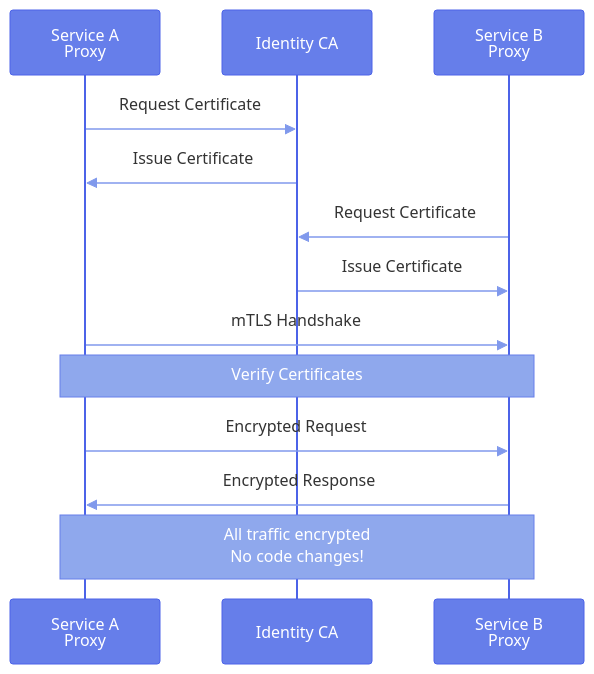
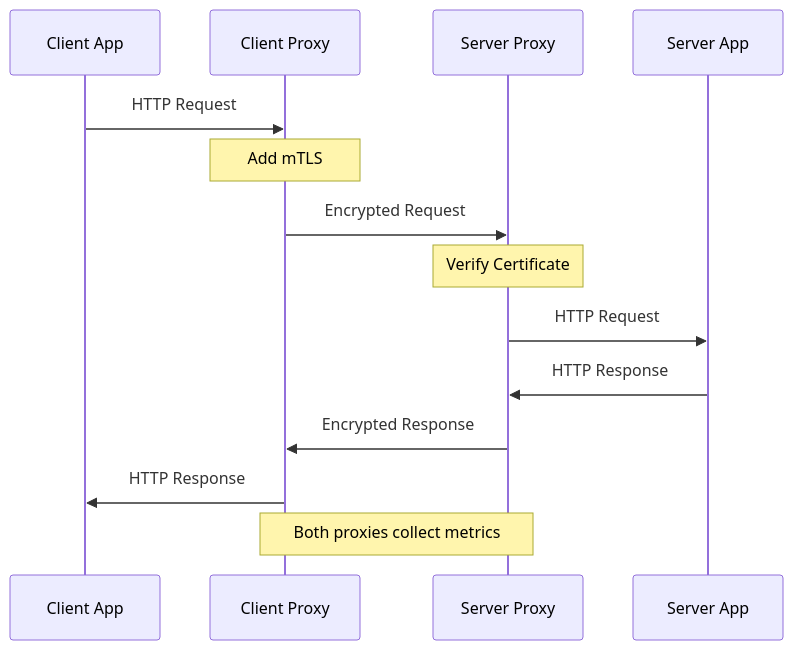
Before and after one commit to aprountzos/defogv2-wiki: the fourth of 10 diagrams in docs/local-setup/linkerd.mdx, drawn with Mermaid. The commit also changed other lines of this file, not shown here.

````diff
--- a/docs/local-setup/linkerd.mdx
+++ b/docs/local-setup/linkerd.mdx
@@ -137,21 +142,18 @@
 ```mermaid
-%%{init: {'theme':'base', 'themeVariables': { 'actorBkg':'#667eea','actorBorder':'#4c63e8','actorTextColor':'#fff','signalColor':'#8099ec','signalTextColor':'inherit','noteBkgColor':'#8fa8ed','noteBorderColor':'#667eea','noteTextColor':'#fff','fontSize':'14px'}}}%%
 sequenceDiagram
-    participant S1 as Service A<br/>Proxy
-    participant CA as Identity CA
-    participant S2 as Service B<br/>Proxy
+    participant C as Client App
+    participant P1 as Client Proxy
+    participant P2 as Server Proxy
+    participant S as Server App
     
-    S1->>CA: Request Certificate
-    CA->>S1: Issue Certificate
+    C->>P1: HTTP Request
+    Note over P1: Add mTLS
+    P1->>P2: Encrypted Request
+    Note over P2: Verify Certificate
+    P2->>S: HTTP Request
+    S->>P2: HTTP Response
+    P2->>P1: Encrypted Response
+    P1->>C: HTTP Response
     
-    S2->>CA: Request Certificate
-    CA->>S2: Issue Certificate
-    
-    S1->>S2: mTLS Handshake
-    Note over S1,S2: Verify Certificates
-    
-    S1->>S2: Encrypted Request
-    S2->>S1: Encrypted Response
-    
-    Note over S1,S2: All traffic encrypted<br/>No code changes!
+    Note over P1,P2: Both proxies collect metrics
 ```
````
